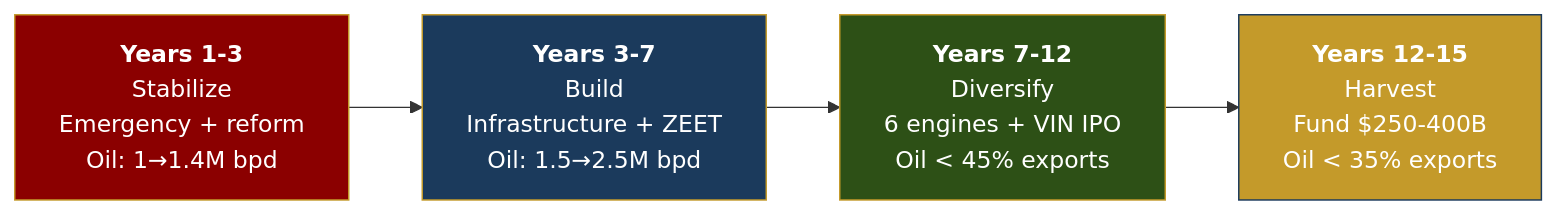
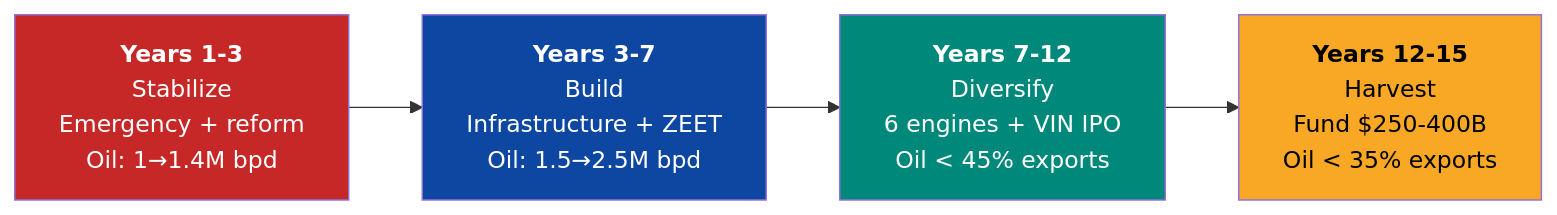
One commit to Venezuela-S-A/venezuela-sa changed the diagram in docs/09-investors/yc-application.md. Above: the diagram before and after it, drawn with Mermaid. The commit also changed 127 other files, not shown here.

````diff
--- a/docs/09-investors/yc-application.md
+++ b/docs/09-investors/yc-application.md
@@ -134,14 +134,14 @@
 ```mermaid
 flowchart LR
     Y1["<b>Years 1-3</b><br/>Stabilize<br/>Emergency + reform<br/>Oil: 1→1.4M bpd"]
     Y5["<b>Years 3-7</b><br/>Build<br/>Infrastructure + ZEET<br/>Oil: 1.5→2.5M bpd"]
     Y10["<b>Years 7-12</b><br/>Diversify<br/>6 engines + VIN IPO<br/>Oil < 45% exports"]
     Y15["<b>Years 12-15</b><br/>Harvest<br/>Fund $250-400B<br/>Oil < 35% exports"]
 
     Y1 --> Y5 --> Y10 --> Y15
 
-    style Y1 fill:#8B0000,stroke:#C49A2A,color:#fff
-    style Y5 fill:#1B3A5C,stroke:#C49A2A,color:#fff
-    style Y10 fill:#2d5016,stroke:#C49A2A,color:#fff
-    style Y15 fill:#C49A2A,stroke:#1B3A5C,color:#fff
+    style Y1 fill:#C62828,color:#fff
+    style Y5 fill:#0D47A1,color:#fff
+    style Y10 fill:#00897B,color:#fff
+    style Y15 fill:#F9A825,color:#000
 ```
````
